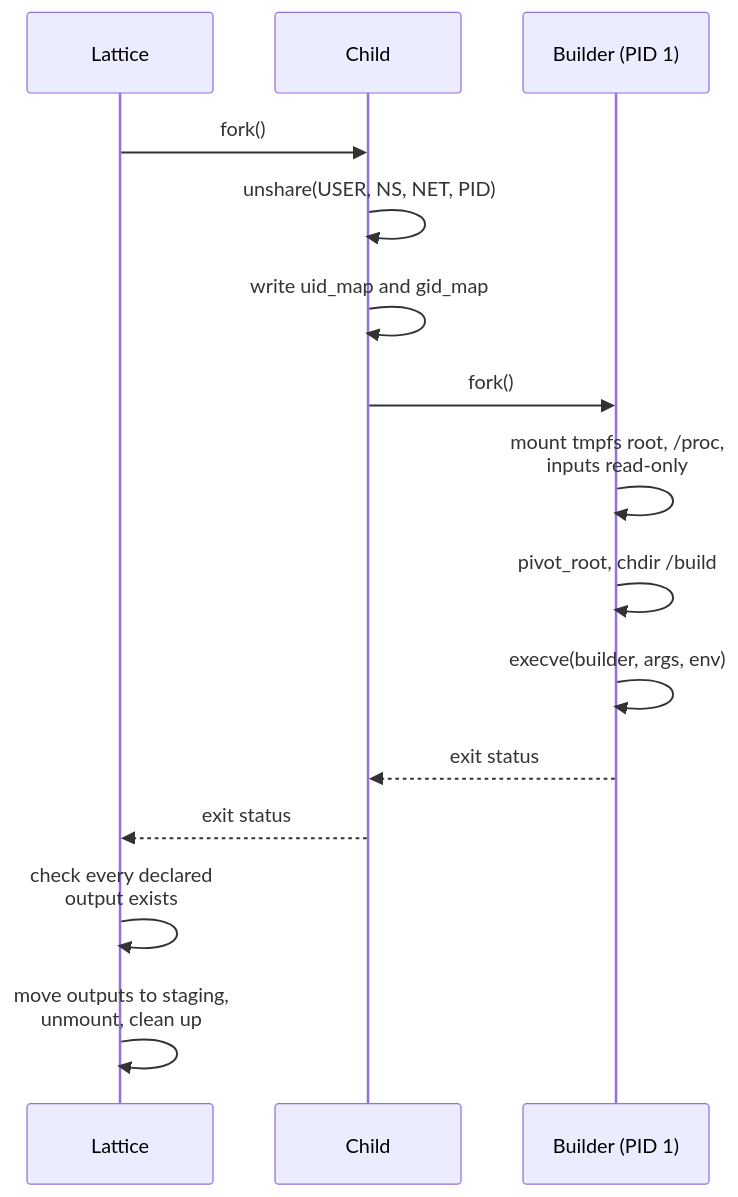
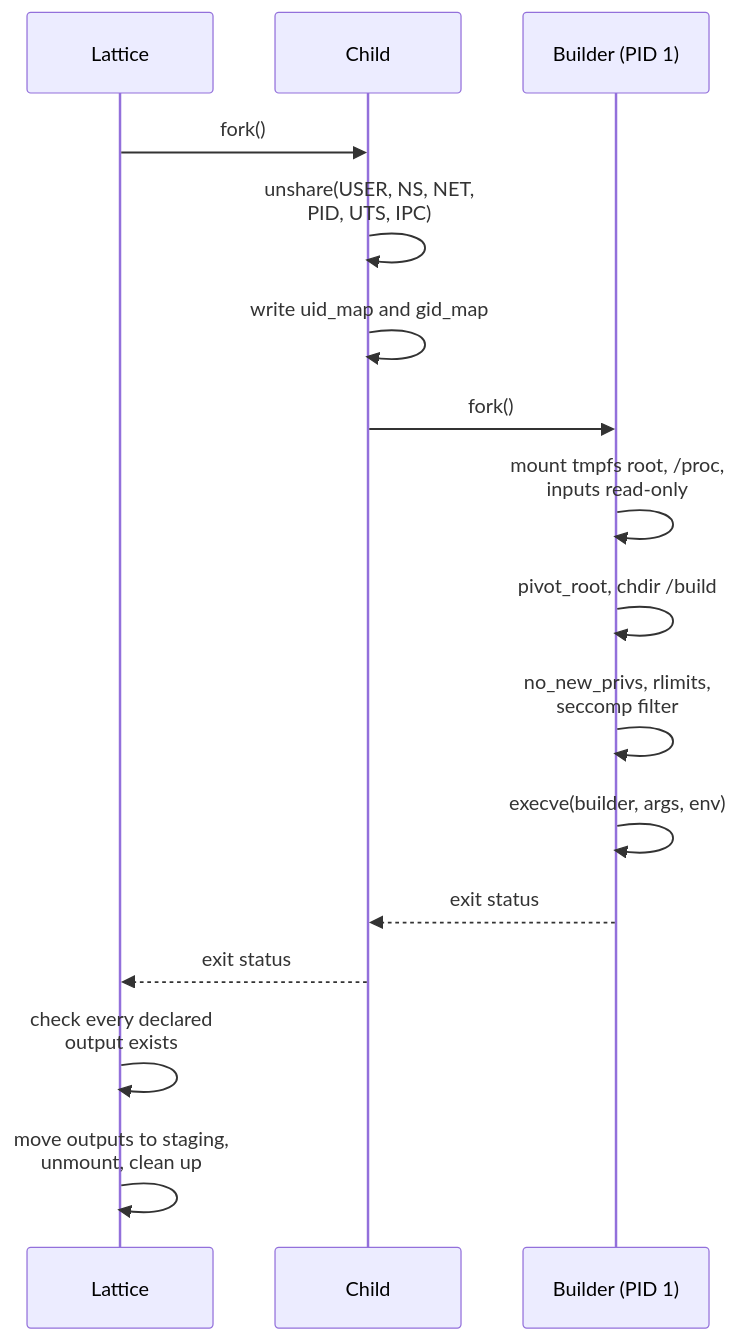
Before and after one commit to PacketFive/PyrixOS: the third of 3 diagrams in docs/rfc/0001-pyrixos-architecture.md, drawn with Mermaid. The commit also changed other lines of this file and 5 other files, not shown here.

````diff
--- a/docs/rfc/0001-pyrixos-architecture.md
+++ b/docs/rfc/0001-pyrixos-architecture.md
@@ -313,26 +322,27 @@
 ```mermaid
 ---
 config:
   themeVariables:
     fontSize: 16px
   flowchart:
     useMaxWidth: false
   sequence:
     useMaxWidth: false
 ---
 sequenceDiagram
     participant L as Lattice
     participant C as Child
     participant B as Builder (PID 1)
     L->>C: fork()
-    C->>C: unshare(USER, NS, NET, PID)
+    C->>C: unshare(USER, NS, NET,<br/>PID, UTS, IPC)
     C->>C: write uid_map and gid_map
     C->>B: fork()
     B->>B: mount tmpfs root, /proc,<br/>inputs read-only
     B->>B: pivot_root, chdir /build
+    B->>B: no_new_privs, rlimits,<br/>seccomp filter
     B->>B: execve(builder, args, env)
     B-->>C: exit status
     C-->>L: exit status
     L->>L: check every declared<br/>output exists
     L->>L: move outputs to staging,<br/>unmount, clean up
 ```
````
